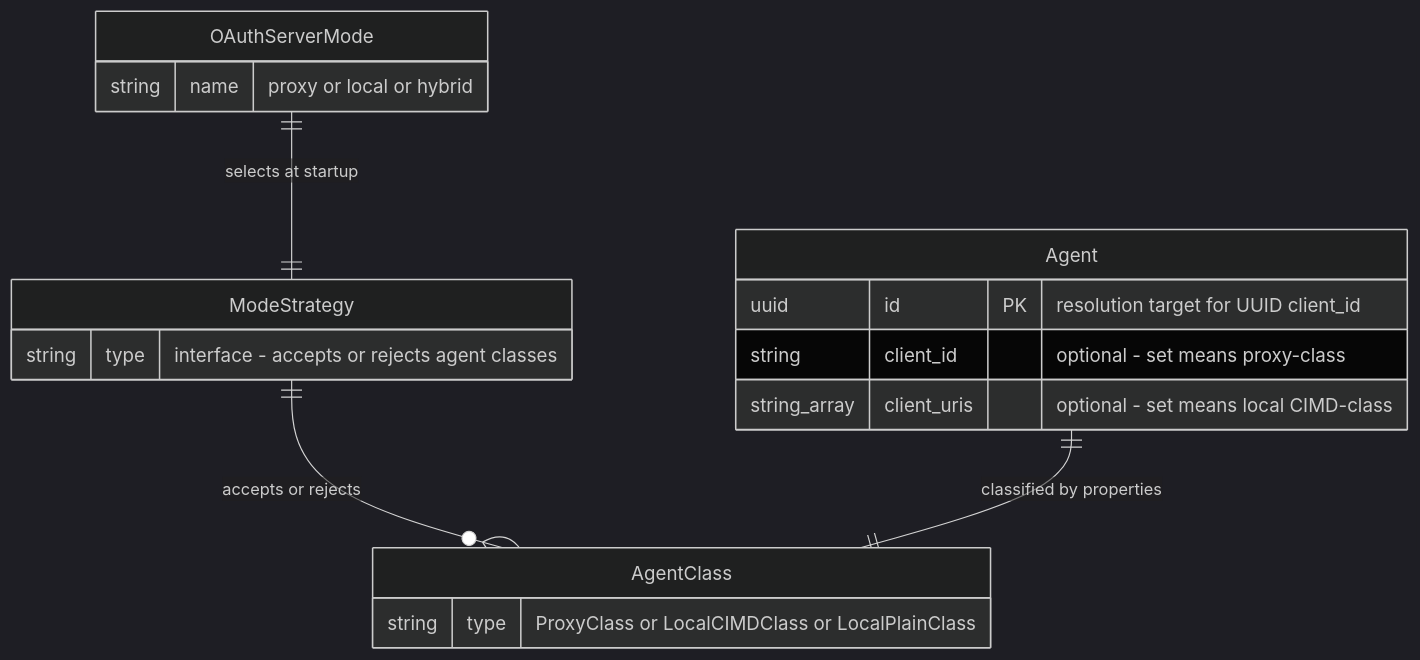
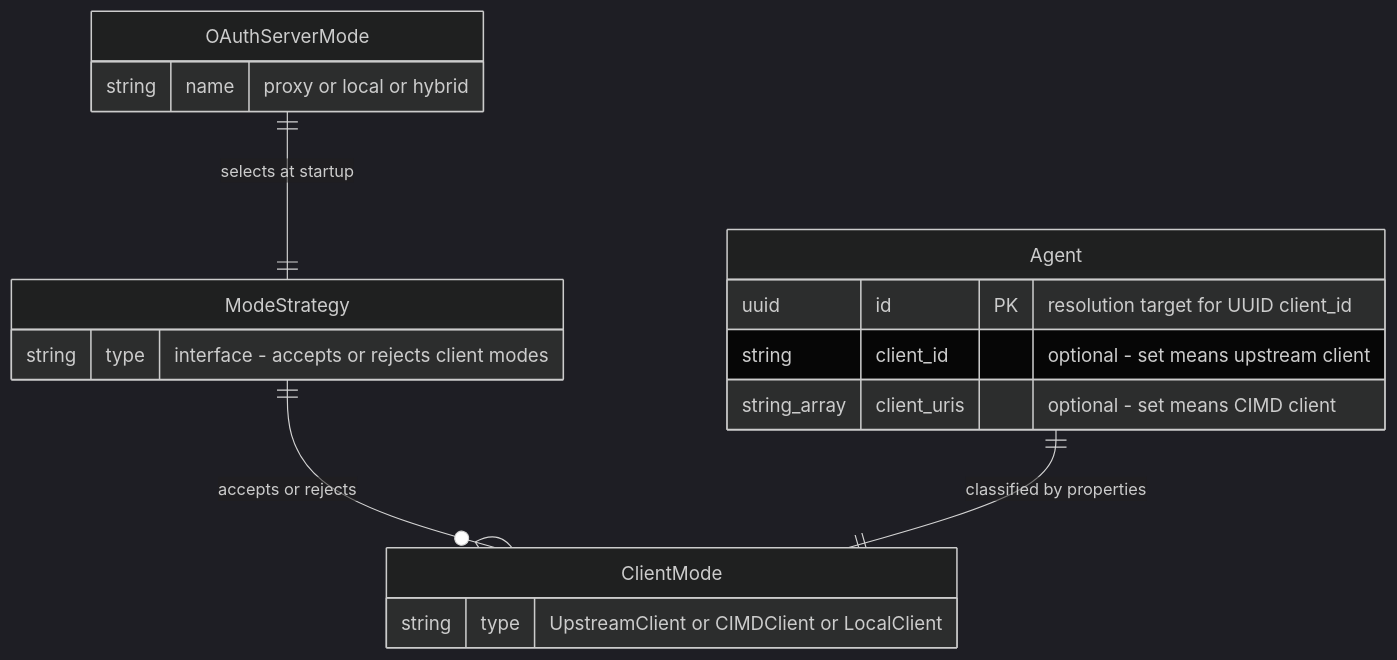
The diagram in specs/030-hybrid-oauth-modes/data-model.md (axsaucedo/agentic-identity-broker), drawn with Mermaid (dark theme) before and after one commit. The commit also changed other lines of this file and 4 other files, not shown here.

Commit message:
spec(hybrid): rename AgentClass to ClientMode and update related interfaces and documentation

````diff
--- a/specs/030-hybrid-oauth-modes/data-model.md
+++ b/specs/030-hybrid-oauth-modes/data-model.md
@@ -127,20 +127,20 @@
 ```mermaid
 erDiagram
     OAuthServerMode {
         string name "proxy or local or hybrid"
     }
     ModeStrategy {
-        string type "interface - accepts or rejects agent classes"
+        string type "interface - accepts or rejects client modes"
     }
-    AgentClass {
-        string type "ProxyClass or LocalCIMDClass or LocalPlainClass"
+    ClientMode {
+        string type "UpstreamClient or CIMDClient or LocalClient"
     }
     Agent {
         uuid id PK "resolution target for UUID client_id"
-        string client_id "optional - set means proxy-class"
-        string_array client_uris "optional - set means local CIMD-class"
+        string client_id "optional - set means upstream client"
+        string_array client_uris "optional - set means CIMD client"
     }
     OAuthServerMode ||--|| ModeStrategy : "selects at startup"
-    ModeStrategy ||--o{ AgentClass : "accepts or rejects"
-    Agent ||--|| AgentClass : "classified by properties"
+    ModeStrategy ||--o{ ClientMode : "accepts or rejects"
+    Agent ||--|| ClientMode : "classified by properties"
 ```
````
